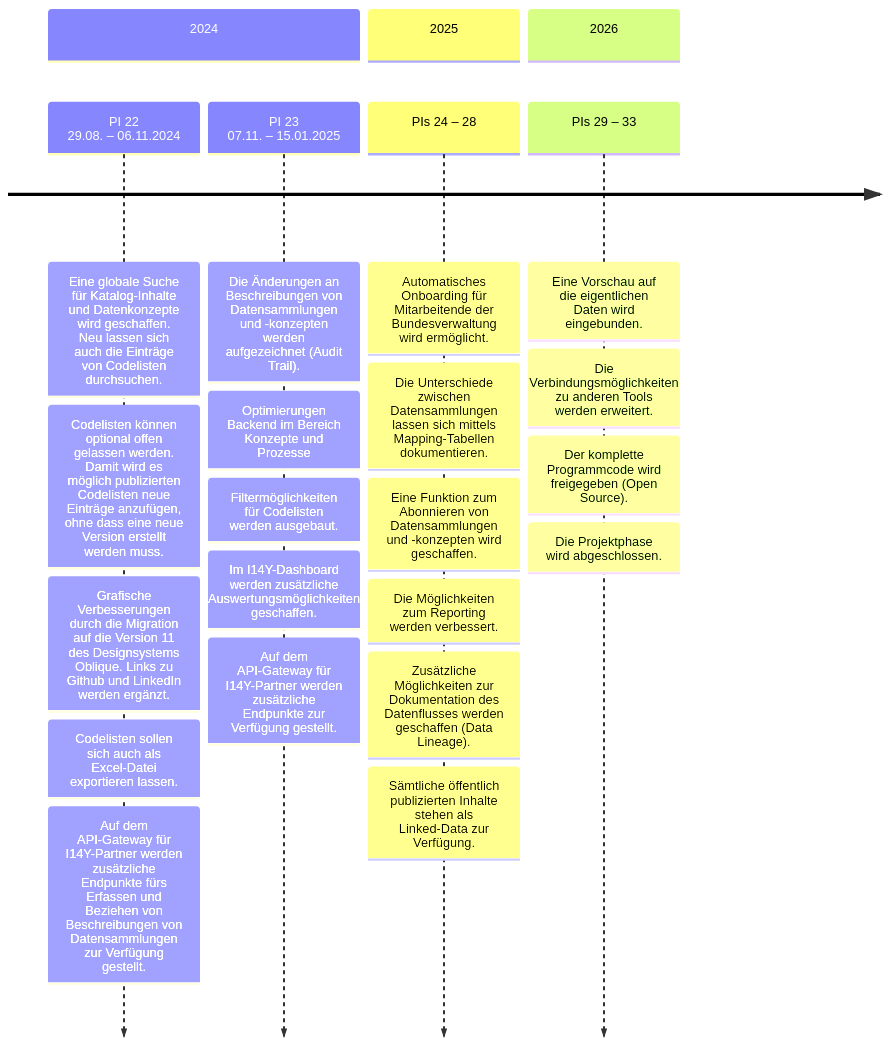
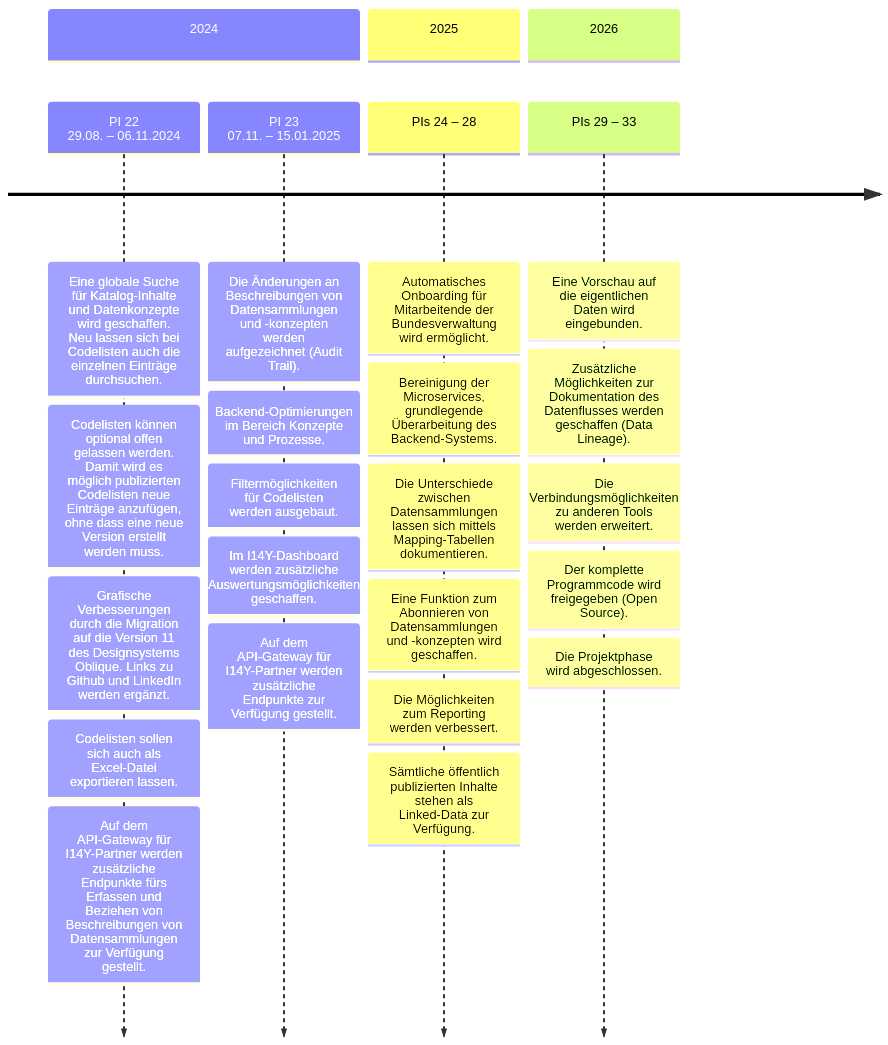
The diagram in content/de/2_rollen_prozesse/4_roadmap.md (I14Y-ch/handbook), drawn with Mermaid before and after one commit. The commit also changed other lines of this file, not shown here.

Commit message:
Ergänzungen Roadmap

````diff
--- a/content/de/2_rollen_prozesse/4_roadmap.md
+++ b/content/de/2_rollen_prozesse/4_roadmap.md
@@ -21,30 +21,31 @@
 ```mermaid
 timeline
     section 2024
         PI 22<br>29.08. – 06.11.2024
-            : Eine globale Suche für Katalog-Inhalte und Datenkonzepte wird geschaffen. Neu lassen sich auch die Einträge von Codelisten durchsuchen. 
+            : Eine globale Suche für Katalog-Inhalte und Datenkonzepte wird geschaffen. Neu lassen sich bei Codelisten auch die einzelnen Einträge durchsuchen. 
             : Codelisten können optional offen gelassen werden. Damit wird es möglich publizierten Codelisten neue Einträge anzufügen, ohne dass eine neue Version erstellt werden muss.
             : Grafische Verbesserungen durch die Migration auf die Version 11 des Designsystems Oblique. Links zu Github und LinkedIn werden ergänzt. 
             : Codelisten sollen sich auch als Excel-Datei exportieren lassen.
             : Auf dem API-Gateway für I14Y-Partner werden zusätzliche Endpunkte fürs Erfassen und Beziehen von Beschreibungen von Datensammlungen zur Verfügung gestellt.
         PI 23<br>07.11. – 15.01.2025
             : Die Änderungen an Beschreibungen von Datensammlungen und -konzepten werden aufgezeichnet (Audit Trail).
-            : Optimierungen Backend im Bereich Konzepte und Prozesse
+            : Backend-Optimierungen im Bereich Konzepte und Prozesse.
             : Filtermöglichkeiten für Codelisten werden ausgebaut.
             : Im I14Y-Dashboard werden zusätzliche Auswertungsmöglichkeiten geschaffen.
             : Auf dem API-Gateway für I14Y-Partner werden zusätzliche Endpunkte zur Verfügung gestellt.
     section 2025
         PIs 24 – 28
             : Automatisches Onboarding für Mitarbeitende der Bundesverwaltung wird ermöglicht.
+            : Bereinigung der Microservices, grundlegende Überarbeitung des Backend-Systems.
             : Die Unterschiede zwischen Datensammlungen lassen sich mittels Mapping-Tabellen dokumentieren. 
             : Eine Funktion zum Abonnieren von Datensammlungen und -konzepten wird geschaffen.
             : Die Möglichkeiten zum Reporting werden verbessert.
-            : Zusätzliche Möglichkeiten zur Dokumentation des Datenflusses werden geschaffen (Data Lineage).
             : Sämtliche öffentlich publizierten Inhalte stehen als Linked-Data zur Verfügung.
     section 2026      
         PIs 29 – 33
             : Eine Vorschau auf die eigentlichen Daten wird eingebunden.
+            : Zusätzliche Möglichkeiten zur Dokumentation des Datenflusses werden geschaffen (Data Lineage).
             : Die Verbindungsmöglichkeiten zu anderen Tools werden erweitert.
             : Der komplette Programmcode wird freigegeben (Open Source).
             : Die Projektphase wird abgeschlossen. 
 ```
````
